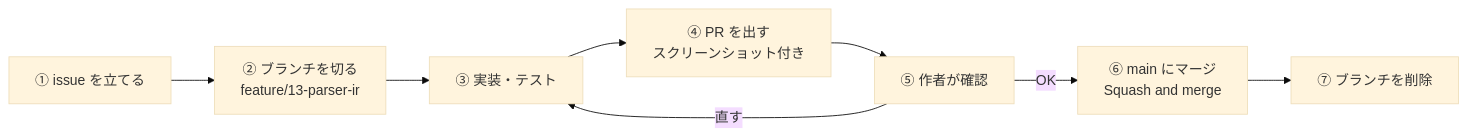
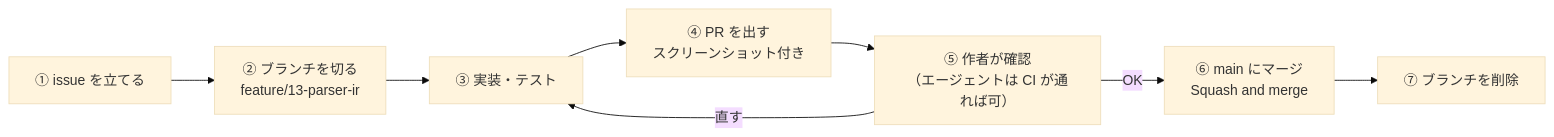
The diagram in CONTRIBUTING.md (Nasu726/md2htmlSlides), drawn with Mermaid (base theme) before and after one commit. The commit also changed other lines of this file and 1 other file, not shown here.

````diff
--- a/CONTRIBUTING.md
+++ b/CONTRIBUTING.md
@@ -5,10 +5,10 @@
 ```mermaid
 flowchart LR
   I["① issue を立てる"] --> B["② ブランチを切る<br/>feature/13-parser-ir"]
   B --> C["③ 実装・テスト"]
   C --> P["④ PR を出す<br/>スクリーンショット付き"]
-  P --> R["⑤ 作者が確認"]
+  P --> R["⑤ 作者が確認<br/>（エージェントは CI が通れば可）"]
   R -->|直す| C
   R -->|OK| M["⑥ main にマージ<br/>Squash and merge"]
   M --> D["⑦ ブランチを削除"]
 ```
````
